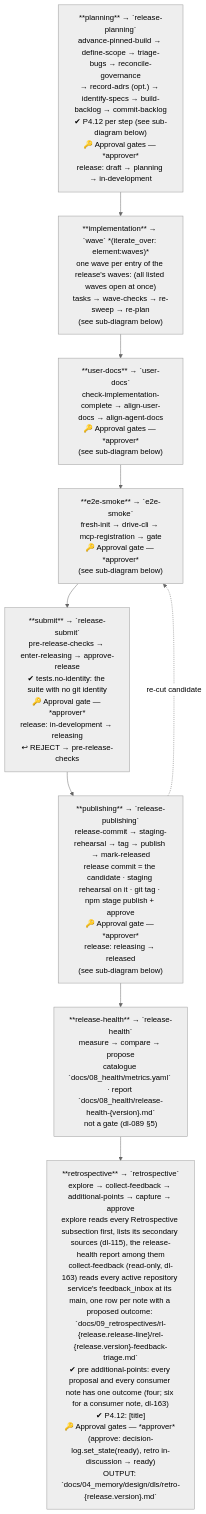
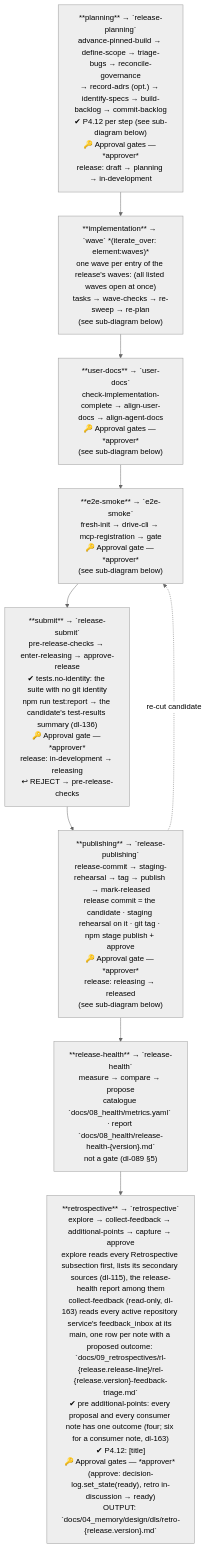
The eighth of 29 diagrams in .wingfoil/WORKFLOW.md (wingfoil/wingfoil), drawn with Mermaid (neutral theme) before and after one commit. The commit also changed other lines of this file and 9 other files, not shown here.

First line of the commit message:
feat(ci): task-244 — publish each release's test results and coverage (dl-136)

````diff
--- a/.wingfoil/WORKFLOW.md
+++ b/.wingfoil/WORKFLOW.md
@@ -190,21 +190,21 @@
 ```mermaid
 flowchart TD
     RP["**planning** → `release-planning`\nadvance-pinned-build → define-scope → triage-bugs → reconcile-governance\n→ record-adrs (opt.) → identify-specs → build-backlog → commit-backlog\n✔ P4.12 per step (see sub-diagram below)\n🔑 Approval gates — *approver*\nrelease: draft → planning → in-development"]
 
     DL["**implementation** → `wave` *(iterate_over: element:waves)*\none wave per entry of the release's waves: (all listed waves open at once)\ntasks → wave-checks → re-sweep → re-plan\n(see sub-diagram below)"]
 
     UD["**user-docs** → `user-docs`\ncheck-implementation-complete → align-user-docs → align-agent-docs\n🔑 Approval gates — *approver*\n(see sub-diagram below)"]
 
     ES["**e2e-smoke** → `e2e-smoke`\nfresh-init → drive-cli → mcp-registration → gate\n🔑 Approval gate — *approver*\n(see sub-diagram below)"]
 
-    RS["**submit** → `release-submit`\npre-release-checks → enter-releasing → approve-release\n✔ tests.no-identity: the suite with no git identity\n🔑 Approval gate — *approver*\nrelease: in-development → releasing\n↩ REJECT → pre-release-checks"]
+    RS["**submit** → `release-submit`\npre-release-checks → enter-releasing → approve-release\n✔ tests.no-identity: the suite with no git identity\nnpm run test:report → the candidate's test-results summary (dl-136)\n🔑 Approval gate — *approver*\nrelease: in-development → releasing\n↩ REJECT → pre-release-checks"]
 
     RP2["**publishing** → `release-publishing`\nrelease-commit → staging-rehearsal → tag → publish → mark-released\nrelease commit = the candidate · staging rehearsal on it · git tag · npm stage publish + approve\n🔑 Approval gate — *approver*\nrelease: releasing → released\n(see sub-diagram below)"]
 
     RT["**retrospective** → `retrospective`\nexplore → collect-feedback → additional-points → capture → approve\nexplore reads every Retrospective subsection first, lists its secondary sources (dl-115), the release-health report among them\ncollect-feedback (read-only, dl-163) reads every active repository service's feedback_inbox at its main, one row per note with a proposed outcome: `docs/09_retrospectives/rl-{release.release-line}/rel-{release.version}-feedback-triage.md`\n✔ pre additional-points: every proposal and every consumer note has one outcome (four; six for a consumer note, dl-163)\n✔ P4.12: [title]\n🔑 Approval gates — *approver* (approve: decision-log.set_state(ready), retro in-discussion → ready)\nOUTPUT: `docs/04_memory/design/dls/retro-{release.version}.md`"]
 
     RH["**release-health** → `release-health`\nmeasure → compare → propose\ncatalogue `docs/08_health/metrics.yaml` · report `docs/08_health/release-health-{version}.md`\nnot a gate (dl-089 §5)"]
 
     RP --> DL --> UD --> ES --> RS --> RP2 --> RH --> RT
     RP2 -.->|re-cut candidate| ES
 ```
````
